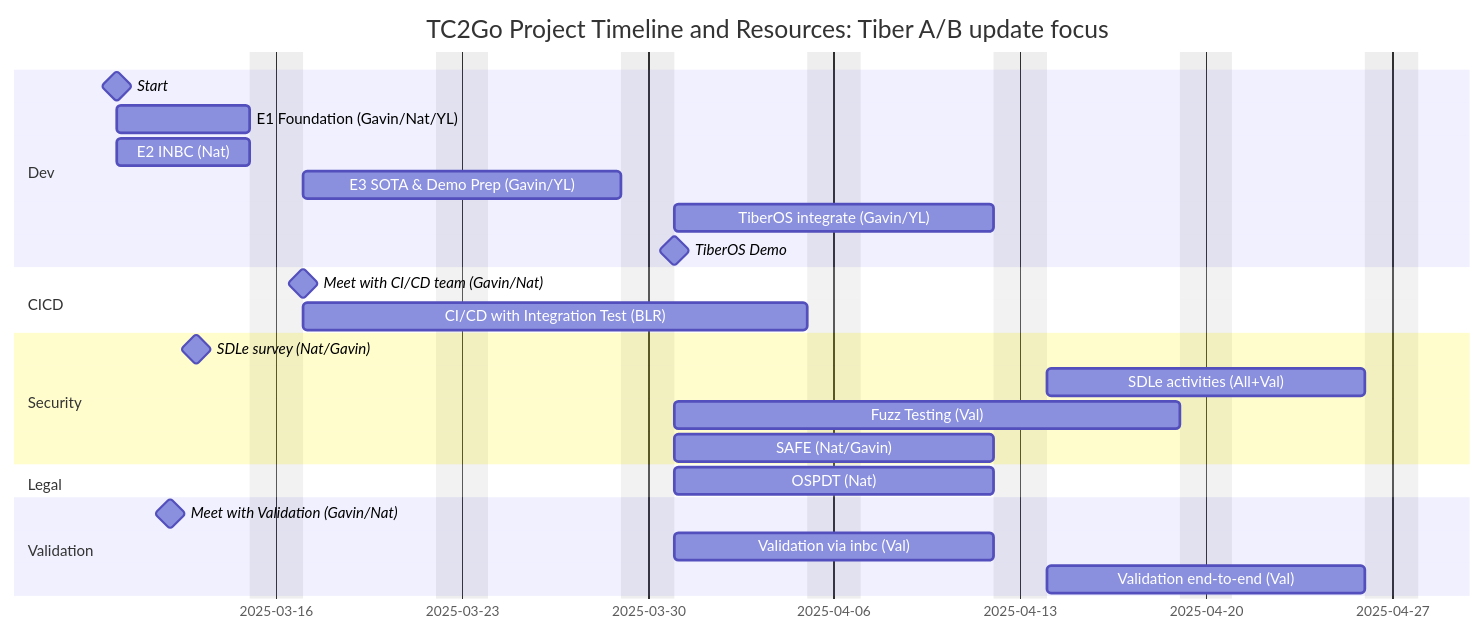
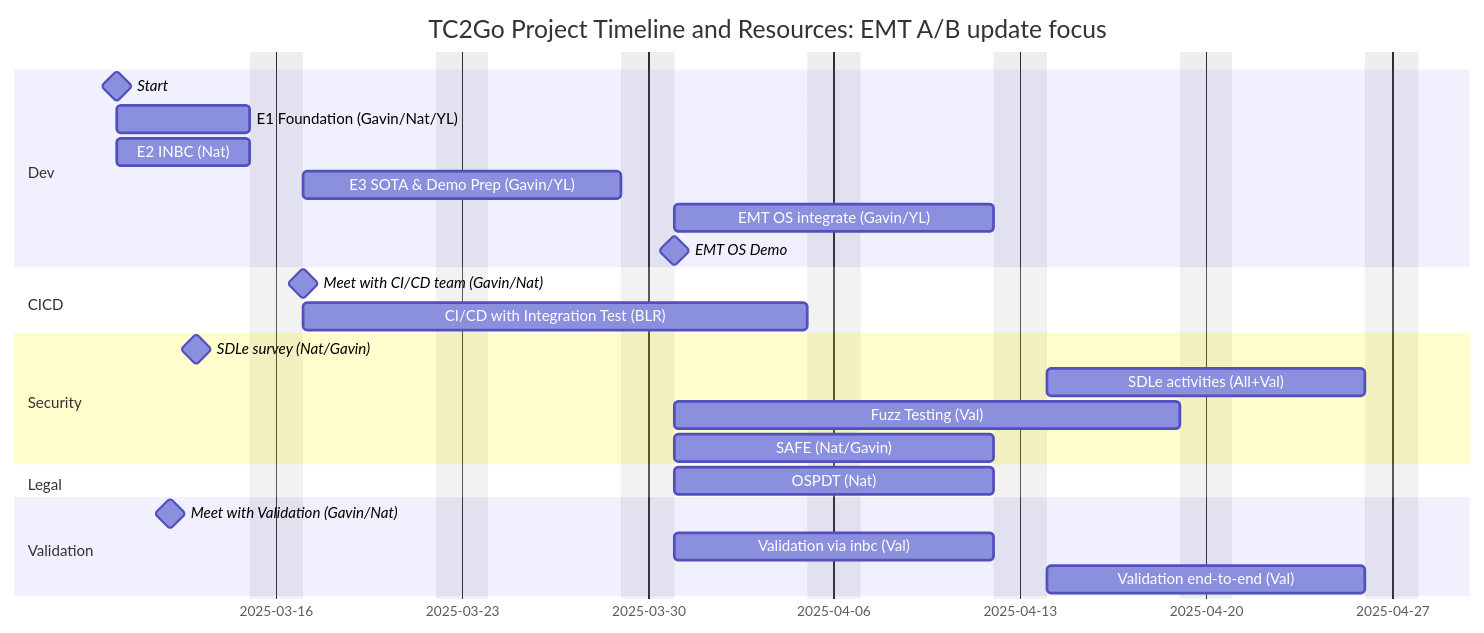
The diagram in doc/timelineAndResources.md (open-edge-platform/edge-node-agents), drawn with Mermaid before and after one commit. The commit also changed 25 other files, not shown here.

````diff
--- a/doc/timelineAndResources.md
+++ b/doc/timelineAndResources.md
@@ -1,33 +1,33 @@
 ```mermaid
 gantt
-    title TC2Go Project Timeline and Resources: Tiber A/B update focus
+    title TC2Go Project Timeline and Resources: EMT A/B update focus
     dateFormat  YYYY-MM-DD
     tickInterval 1week
     excludes weekends
 
     section Dev
         Start                             :milestone, :start, 2025-03-10, 0d
         E1 Foundation (Gavin/Nat/YL)    :foundation, 2025-03-10, 5d
         E2 INBC (Nat)                     :inbc, 2025-03-10, 5d
         E3 SOTA & Demo Prep (Gavin/YL)    :sotademo, after inbc, 10d
-        TiberOS integrate (Gavin/YL) :spec, after sotademo, 10d
-        TiberOS Demo                              :milestone, :demo, 2025-03-31, 0d
+        EMT OS integrate (Gavin/YL) :spec, after sotademo, 10d
+        EMT OS Demo                              :milestone, :demo, 2025-03-31, 0d
 
     section CICD
         Meet with CI/CD team (Gavin/Nat)          :milestone, :meetcicd, 2025-03-17, 0d
         CI/CD with Integration Test (BLR)         :cicd, 2025-03-17, 15d
     
     section Security
         SDLe survey (Nat/Gavin)           :milestone, :survey, 2025-03-13, 0d
         SDLe activities (All+Val)         :sdle, after safe, 10d
         Fuzz Testing (Val)                :fuzz, 2025-03-31, 15d
         SAFE (Nat/Gavin)                  :safe, 2025-03-31, 10d
 
     section Legal
         OSPDT (Nat)                       :ospdt, 2025-03-31, 10d
     
     section Validation
         Meet with Validation (Gavin/Nat) :milestone, :meetval, 2025-03-12, 0d
         Validation via inbc (Val)        :valinbc, after sotademo, 10d
         Validation end-to-end (Val)      :vale2e, after spec, 10d
 ```
````
